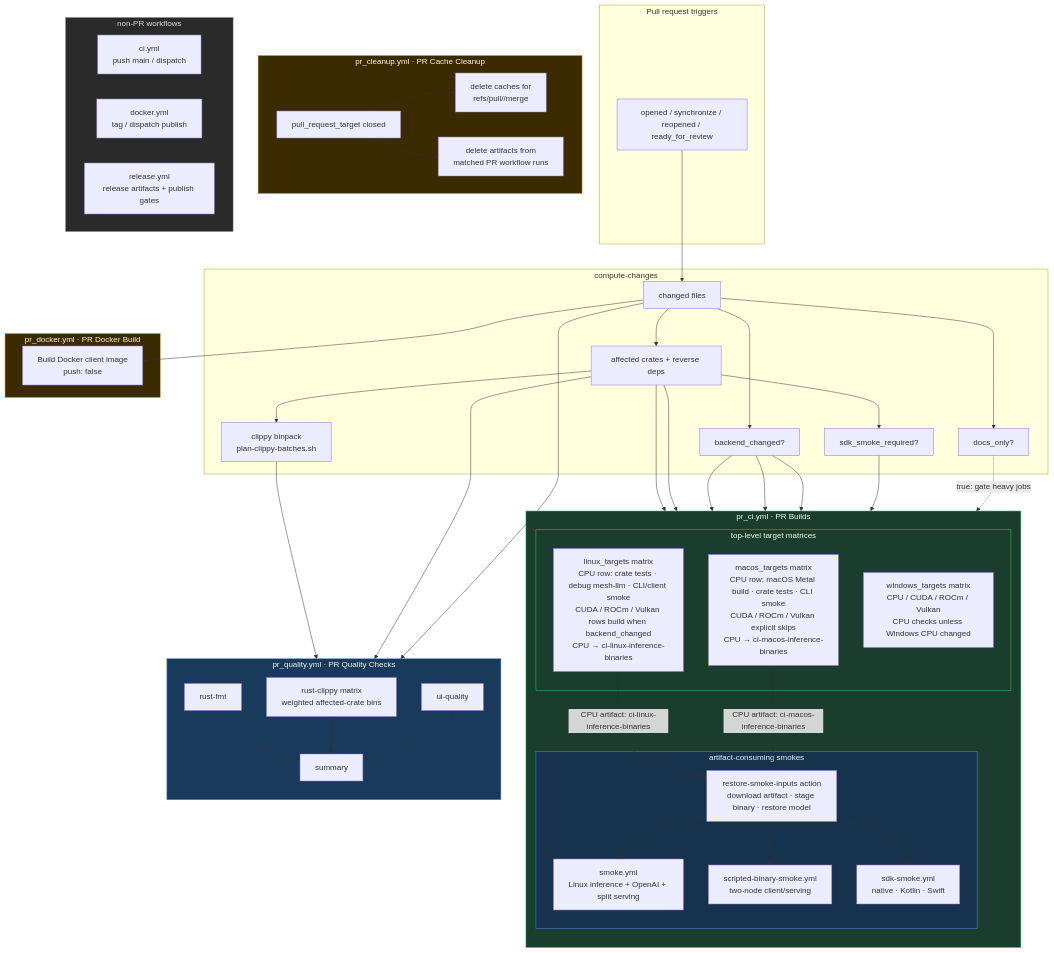
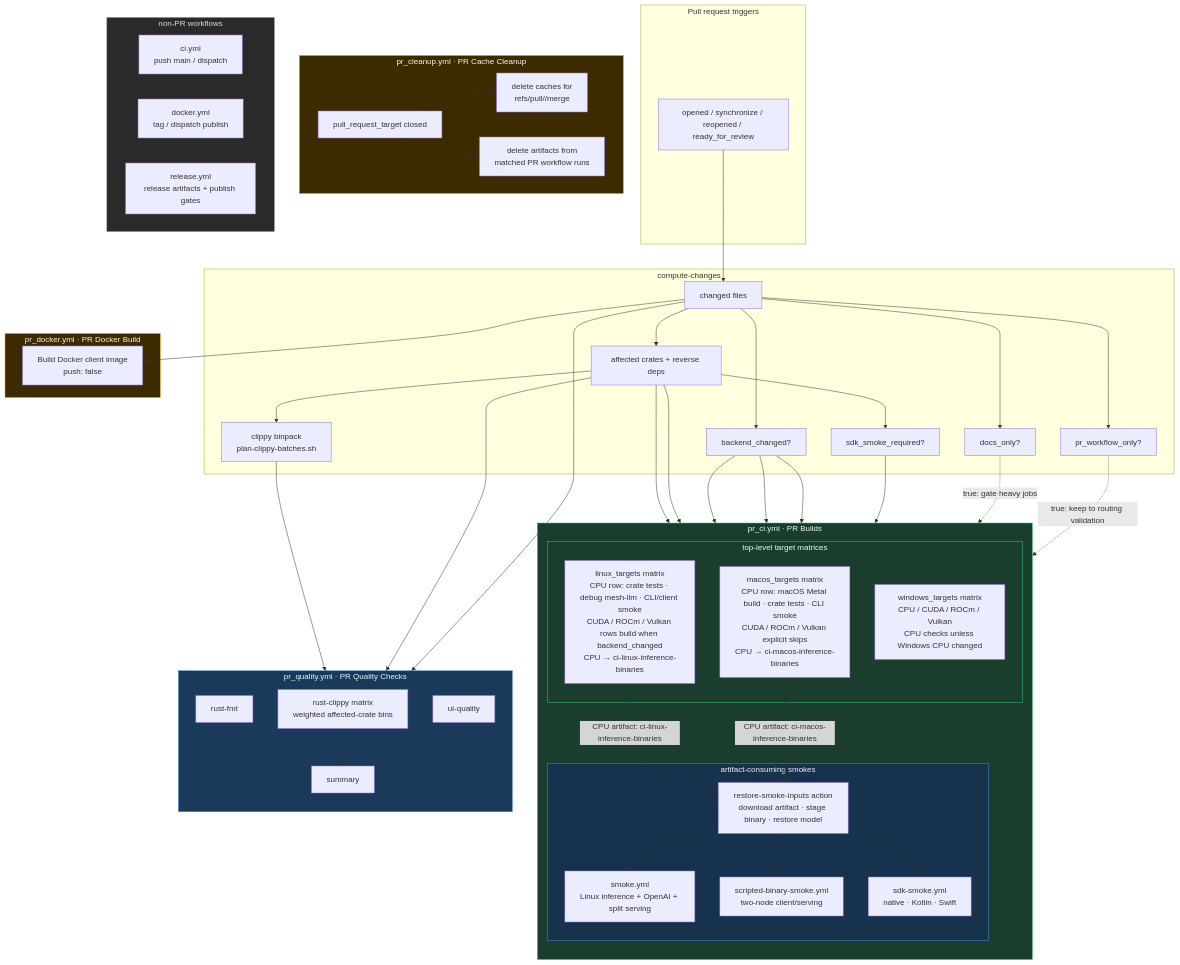
The diagram in ci/ci.md (michaelneale/mesh-llm), drawn with Mermaid before and after one commit. The commit also changed other lines of this file and 5 other files, not shown here.

```diff
--- a/ci/ci.md
+++ b/ci/ci.md
@@ -9,6 +9,7 @@
         Affected["affected crates + reverse deps"]
         ClippyBins["clippy binpack\nplan-clippy-batches.sh"]
         Backend["backend_changed?"]
+        PRWorkflow["pr_workflow_only?"]
         SDK["sdk_smoke_required?"]
         Docs["docs_only?"]
     end
@@ -16,6 +17,7 @@
     PR --> Files --> Affected
     Affected --> ClippyBins
     Files --> Backend
+    Files --> PRWorkflow
     Affected --> SDK
     Files --> Docs
 
@@ -51,6 +53,7 @@
     end
 
     Docs -. "true: gate heavy jobs" .-> PRCI
+    PRWorkflow -. "true: keep to routing validation" .-> PRCI
     Affected --> LinuxTargets
     Affected --> MacTargets
     Backend --> LinuxTargets
```
